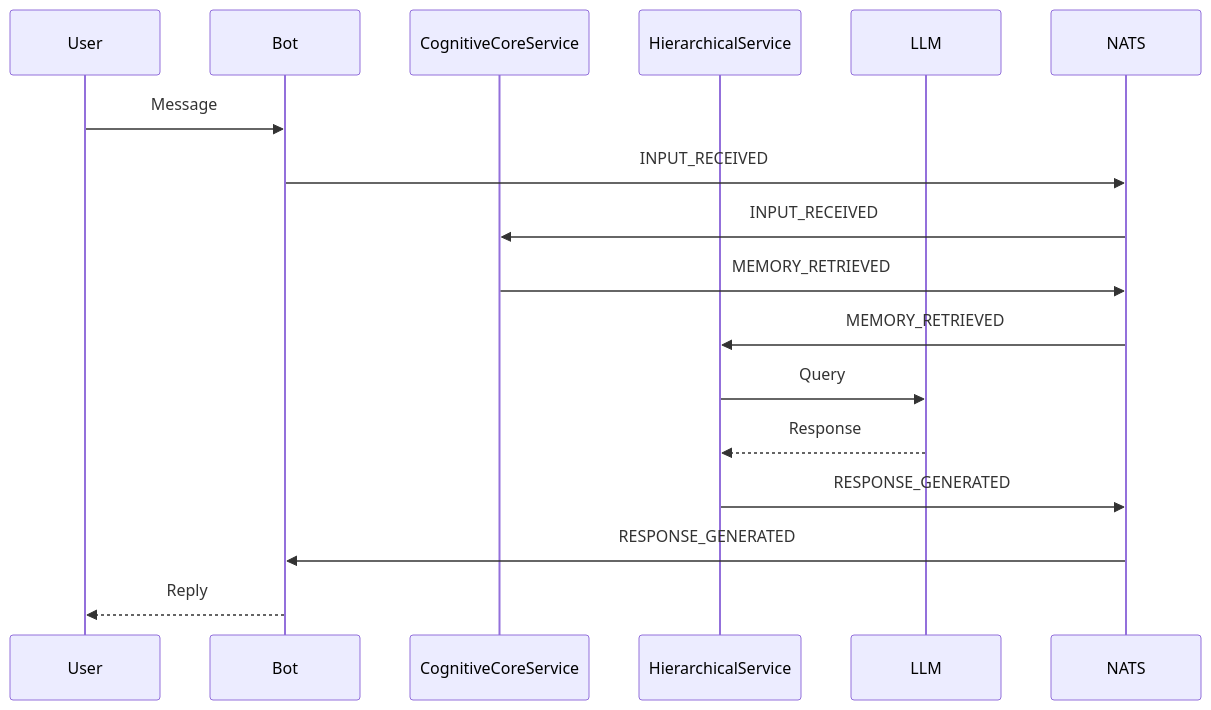
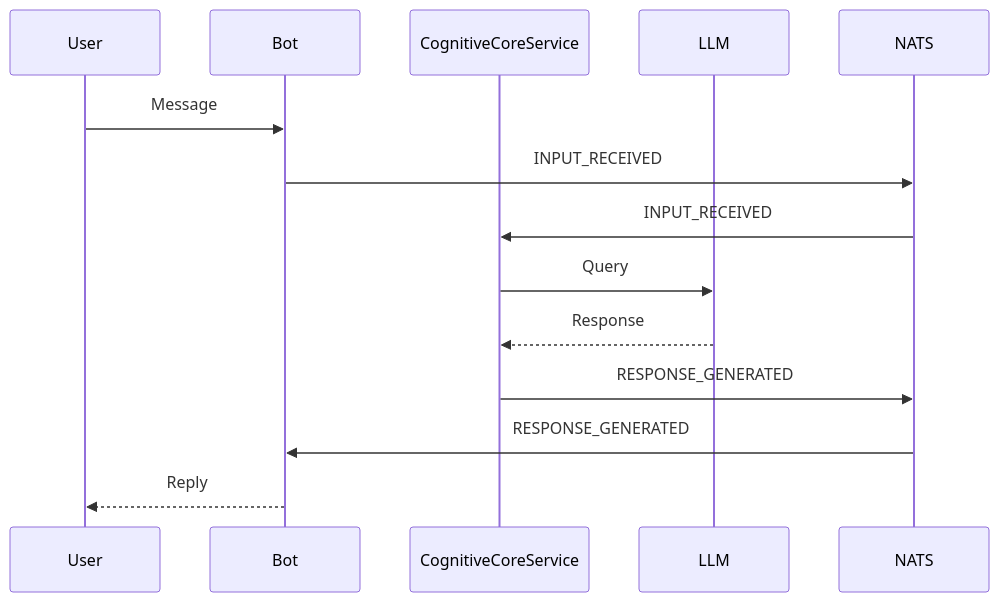
One commit to d0tTino/DeepThought-ReThought changed the diagram in docs/architecture.md. Above: the diagram before and after it, drawn with Mermaid. The commit also changed other lines of this file and 3 other files, not shown here.

Commit message:
Update docs and examples to use CognitiveCoreService

````diff
--- a/docs/architecture.md
+++ b/docs/architecture.md
@@ -9,19 +9,16 @@
 ```mermaid
 sequenceDiagram
     participant User
     participant Bot
     participant CognitiveCoreService
-    participant HierarchicalService
     participant LLM
 
     User->>Bot: Message
     Bot->>NATS: INPUT_RECEIVED
     NATS->>CognitiveCoreService: INPUT_RECEIVED
-    CognitiveCoreService->>NATS: MEMORY_RETRIEVED
-    NATS->>HierarchicalService: MEMORY_RETRIEVED
-    HierarchicalService->>LLM: Query
-    LLM-->>HierarchicalService: Response
-    HierarchicalService->>NATS: RESPONSE_GENERATED
+    CognitiveCoreService->>LLM: Query
+    LLM-->>CognitiveCoreService: Response
+    CognitiveCoreService->>NATS: RESPONSE_GENERATED
     NATS->>Bot: RESPONSE_GENERATED
     Bot-->>User: Reply
 ```
````
